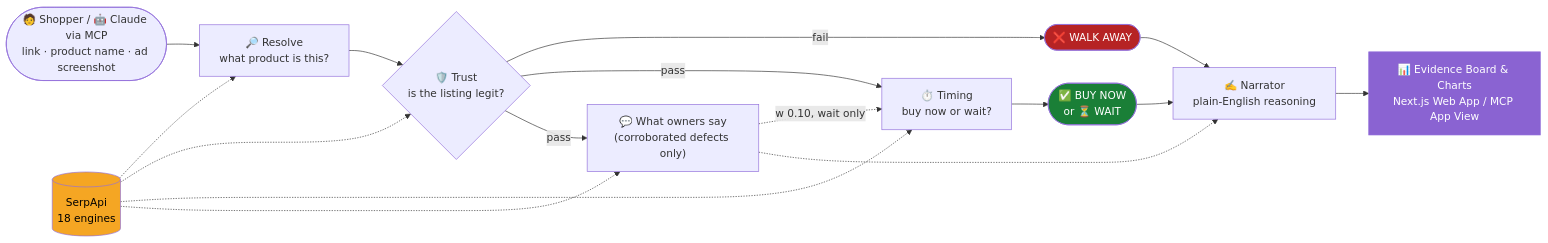
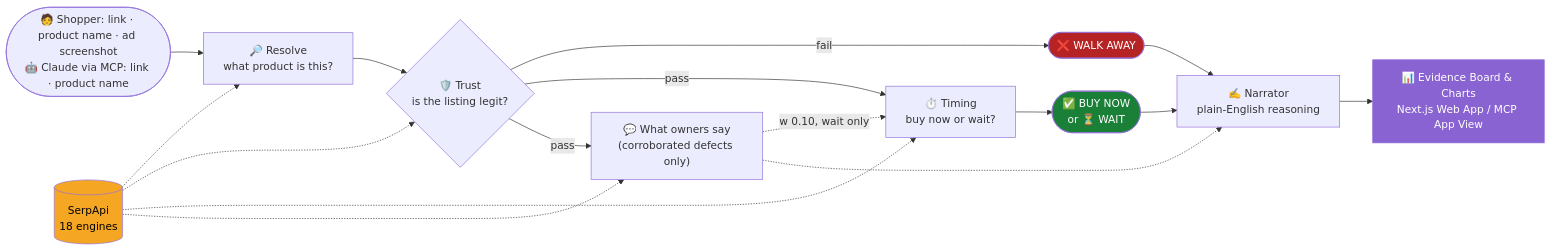
The first of 2 diagrams in README.md (YashIIT0909/Clarity), drawn with Mermaid before and after one commit. The commit also changed other lines of this file and 7 other files, not shown here.

````diff
--- a/README.md
+++ b/README.md
@@ -73,22 +93,22 @@
 ```mermaid
 flowchart LR
-    U(["🧑 Shopper / 🤖 Claude via MCP<br/>link · product name · ad screenshot"]) --> R["🔎 Resolve<br/>what product is this?"]
+    U(["🧑 Shopper: link · product name · ad screenshot<br/>🤖 Claude via MCP: link · product name"]) --> R["🔎 Resolve<br/>what product is this?"]
     R --> T{"🛡️ Trust<br/>is the listing legit?"}
     T -- "fail" --> W(["❌ WALK AWAY"])
     T -- "pass" --> M["⏱️ Timing<br/>buy now or wait?"]
     M --> V(["✅ BUY NOW<br/>or ⏳ WAIT"])
     T -- "pass" --> O["💬 What owners say<br/>(corroborated defects only)"]
     O -.->|"w 0.10, wait only"| M
     O -.-> N
     W --> N["✍️ Narrator<br/>plain-English reasoning"]
     V --> N
     N --> UI["📊 Evidence Board & Charts<br/>Next.js Web App / MCP App View"]
 
     S[("SerpApi<br/>18 engines")]
     S -.-> R & T & M & O
 
     style S fill:#f5a623,color:#000
     style W fill:#b62324,color:#fff
     style V fill:#1a7f37,color:#fff
     style UI fill:#8a63d2,color:#fff
 ```
````
